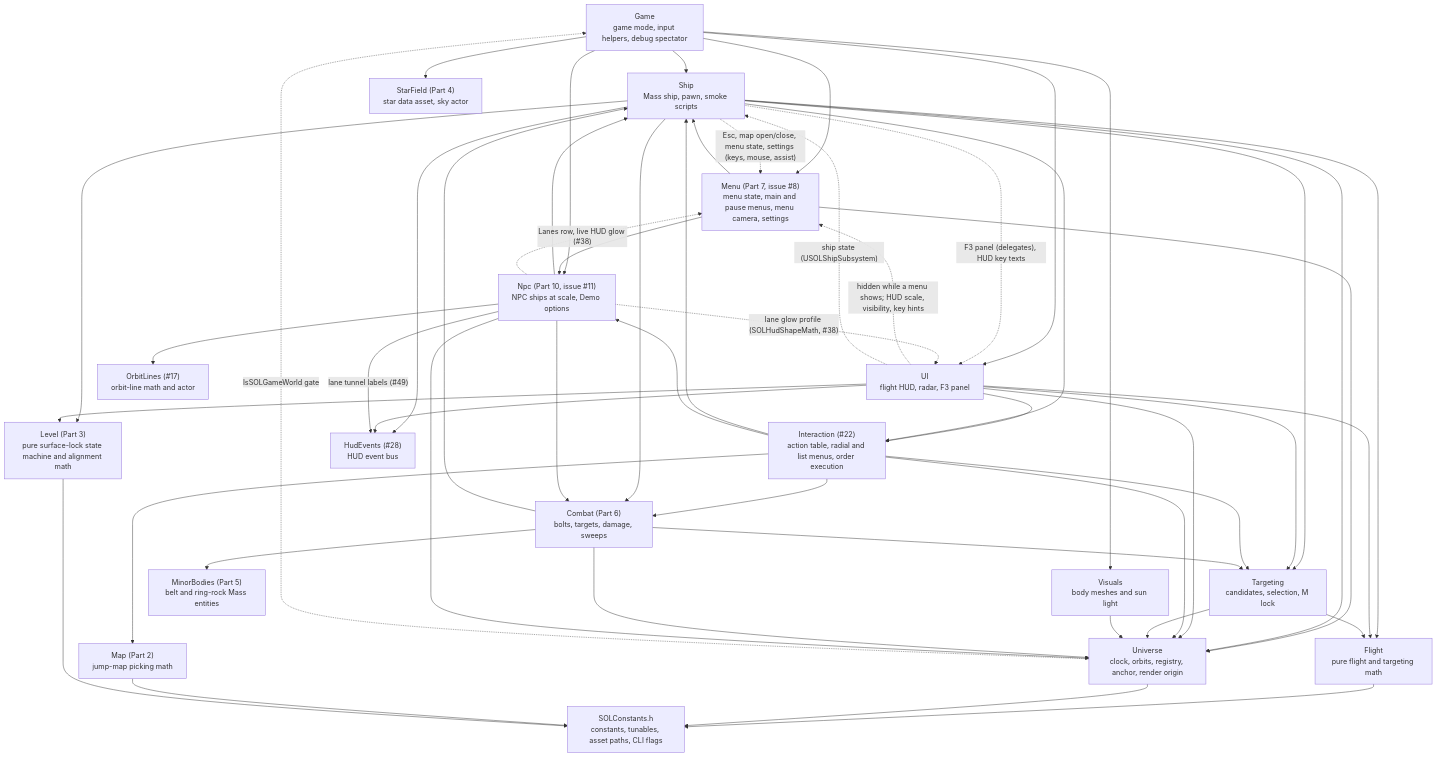
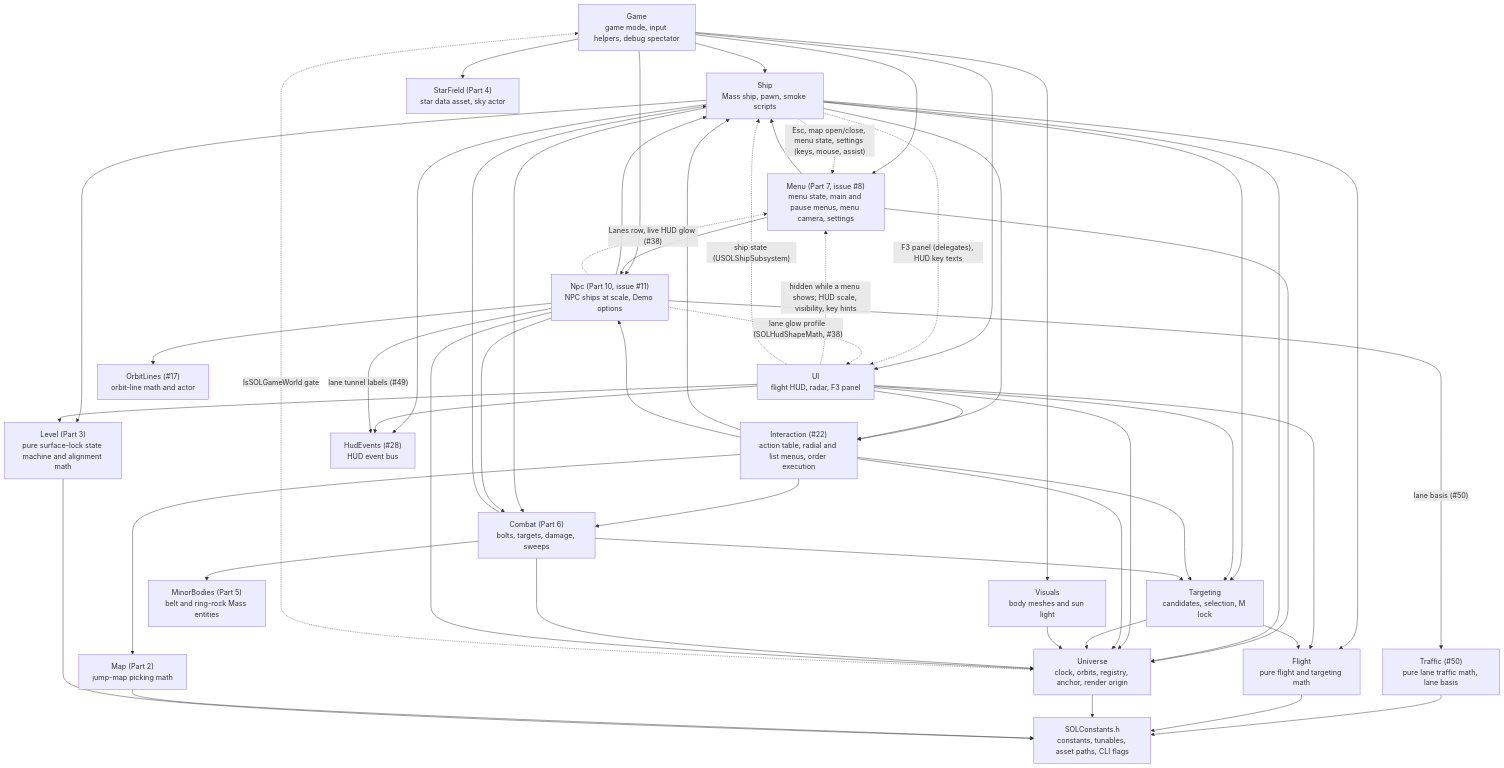
One commit to DieSlower/SOLTest changed the first of 4 diagrams in Docs/ARCHITECTURE.md. Above: the diagram before and after it, drawn with Mermaid. The commit also changed other lines of this file and 15 other files, not shown here.

Commit message:
Issue #50: Part 50a - lane traffic math, end rings at 3 radii

````diff
--- a/Docs/ARCHITECTURE.md
+++ b/Docs/ARCHITECTURE.md
@@ -27,71 +27,74 @@
 ```mermaid
 flowchart TD
     Game["Game<br/>game mode, input helpers, debug spectator"]
     Menu["Menu (Part 7, issue #8)<br/>menu state, main and pause menus, menu camera, settings"]
     Ship["Ship<br/>Mass ship, pawn, smoke scripts"]
     UI["UI<br/>flight HUD, radar, F3 panel"]
     Targeting["Targeting<br/>candidates, selection, M lock"]
     Interaction["Interaction (#22)<br/>action table, radial and list menus, order execution"]
     Visuals["Visuals<br/>body meshes and sun light"]
     StarField["StarField (Part 4)<br/>star data asset, sky actor"]
     Map["Map (Part 2)<br/>jump-map picking math"]
     Combat["Combat (Part 6)<br/>bolts, targets, damage, sweeps"]
     MinorBodies["MinorBodies (Part 5)<br/>belt and ring-rock Mass entities"]
     Npc["Npc (Part 10, issue #11)<br/>NPC ships at scale, Demo options"]
+    Traffic["Traffic (#50)<br/>pure lane traffic math, lane basis"]
     Level["Level (Part 3)<br/>pure surface-lock state machine and alignment math"]
     Flight["Flight<br/>pure flight and targeting math"]
     Universe["Universe<br/>clock, orbits, registry, anchor, render origin"]
     Const["SOLConstants.h<br/>constants, tunables, asset paths, CLI flags"]
 
     Game --> Ship
     Game --> Menu
     Menu --> Ship
     Menu --> Universe
     Ship -. "Esc, map open/close, menu state, settings (keys, mouse, assist)" .-> Menu
     UI -. "hidden while a menu shows; HUD scale, visibility, key hints" .-> Menu
     Game --> UI
     Game --> Visuals
     Game --> StarField
     Ship --> Targeting
     Ship --> Flight
     Ship --> Level
     UI --> Level
     Ship --> Universe
     Ship -. "F3 panel (delegates), HUD key texts" .-> UI
     UI -. "ship state (USOLShipSubsystem)" .-> Ship
     Ship --> HudEvents["HudEvents (#28)<br/>HUD event bus"]
     UI --> HudEvents
     UI --> Targeting
     UI --> Universe
     UI --> Flight
     UI --> Interaction
     Ship --> Interaction
     Interaction --> Targeting
     Interaction --> Ship
     Interaction --> Map
     Interaction --> Combat
     Interaction --> Npc
     Interaction --> Universe
     Targeting --> Flight
     Targeting --> Universe
     Visuals --> Universe
     Ship --> Combat
     Combat --> Ship
     Combat --> Targeting
     Combat --> MinorBodies
     Combat --> Universe
     Game --> Npc
     Menu --> Npc
     Npc --> Universe
     Npc --> Ship
     Npc --> Combat
     Npc -- "lane tunnel labels (#49)" --> HudEvents
     Npc -. "lane glow profile (SOLHudShapeMath, #38)" .-> UI
     Npc -. "Lanes row, live HUD glow (#38)" .-> Menu
     Npc --> OrbitLines["OrbitLines (#17)<br/>orbit-line math and actor"]
+    Npc -- "lane basis (#50)" --> Traffic
+    Traffic --> Const
     Universe -. "IsSOLGameWorld gate" .-> Game
     Flight --> Const
     Universe --> Const
     Map --> Const
     Level --> Const
 ```
````
